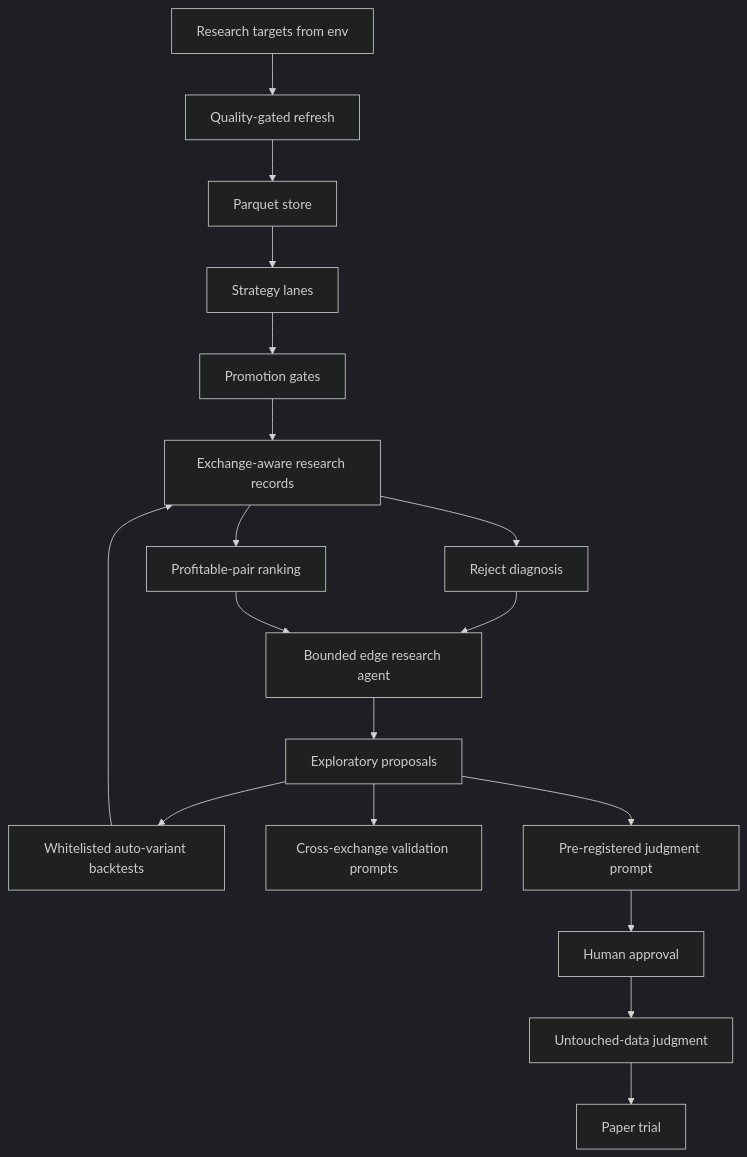
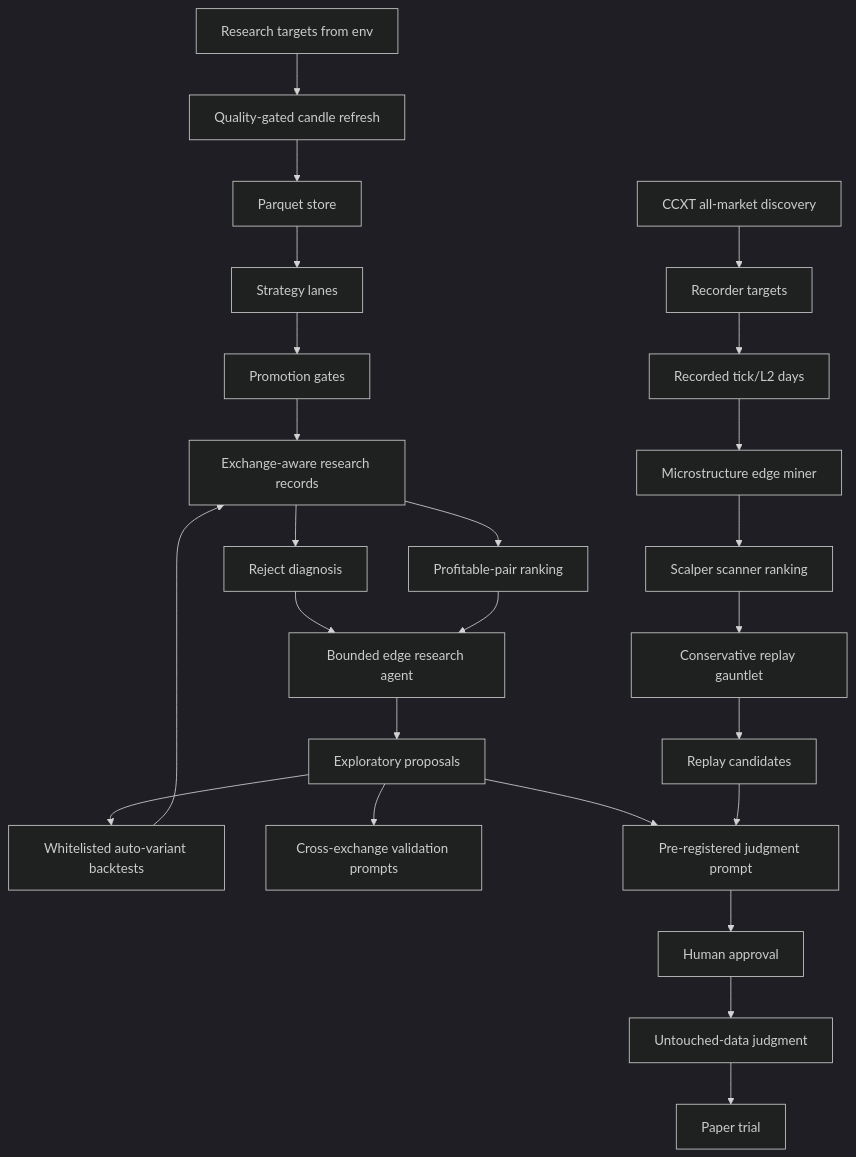
One commit to vikkl1990/vnedge changed the fourth of 6 diagrams in docs/ARCHITECTURE_FLOW.md. Above: the diagram before and after it, drawn with Mermaid (dark theme). The commit also changed other lines of this file and 9 other files, not shown here.

Commit message:
Add scalper scanner ranking

````diff
--- a/docs/ARCHITECTURE_FLOW.md
+++ b/docs/ARCHITECTURE_FLOW.md
@@ -136,20 +157,27 @@
 ```mermaid
 flowchart TB
-    Targets["Research targets from env"] --> Refresh["Quality-gated refresh"]
+    Targets["Research targets from env"] --> Refresh["Quality-gated candle refresh"]
+    MarketDiscovery["CCXT all-market discovery"] --> RecorderTargets
     Refresh --> Store["Parquet store"]
     Store --> Lanes["Strategy lanes"]
     Lanes --> Gates["Promotion gates"]
     Gates --> Records["Exchange-aware research records"]
     Records --> Profitable["Profitable-pair ranking"]
+    RecorderTargets["Recorder targets"] --> TickData["Recorded tick/L2 days"]
+    TickData --> EdgeMiner["Microstructure edge miner"]
+    EdgeMiner --> ScalpScan["Scalper scanner ranking"]
+    ScalpScan --> Replay["Conservative replay gauntlet"]
+    Replay --> ReplayCandidates["Replay candidates"]
     Records --> Diagnosis["Reject diagnosis"]
     Diagnosis --> Agent["Bounded edge research agent"]
     Profitable --> Agent
     Agent --> Proposals["Exploratory proposals"]
     Proposals --> Variants["Whitelisted auto-variant backtests"]
     Proposals --> CrossVenue["Cross-exchange validation prompts"]
     Proposals --> JudgmentPrompt["Pre-registered judgment prompt"]
+    ReplayCandidates --> JudgmentPrompt
     Variants --> Records
     JudgmentPrompt --> Human["Human approval"]
     Human --> Untouched["Untouched-data judgment"]
     Untouched --> Paper["Paper trial"]
 ```
````
